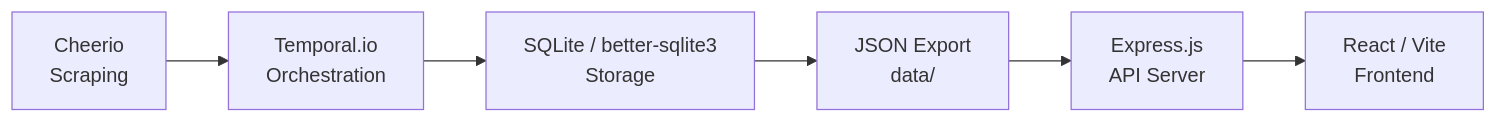
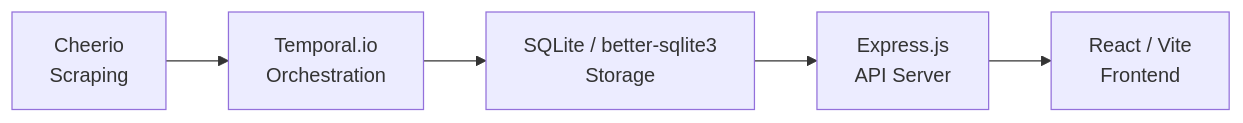
Before and after one commit to Reiv21/CatHackathon: the diagram in README.md, drawn with Mermaid. The commit also changed other lines of this file and 18 other files, not shown here.

````diff
--- a/README.md
+++ b/README.md
@@ -11,8 +11,7 @@
 ```mermaid
 graph LR
     A[Cheerio<br/>Scraping] --> B[Temporal.io<br/>Orchestration]
     B --> C[SQLite / better-sqlite3<br/>Storage]
-    C --> D[JSON Export<br/>data/]
-    D --> E[Express.js<br/>API Server]
-    E --> F[React / Vite<br/>Frontend]
+    C --> D[Express.js<br/>API Server]
+    D --> E[React / Vite<br/>Frontend]
 ```
````
